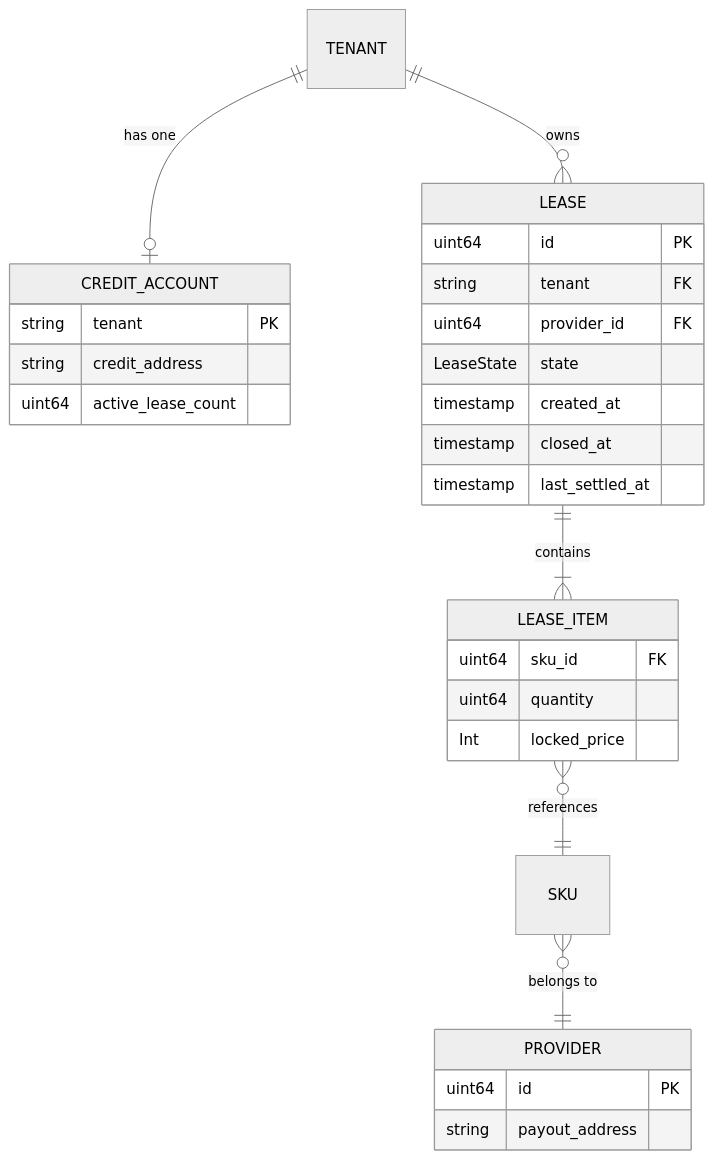
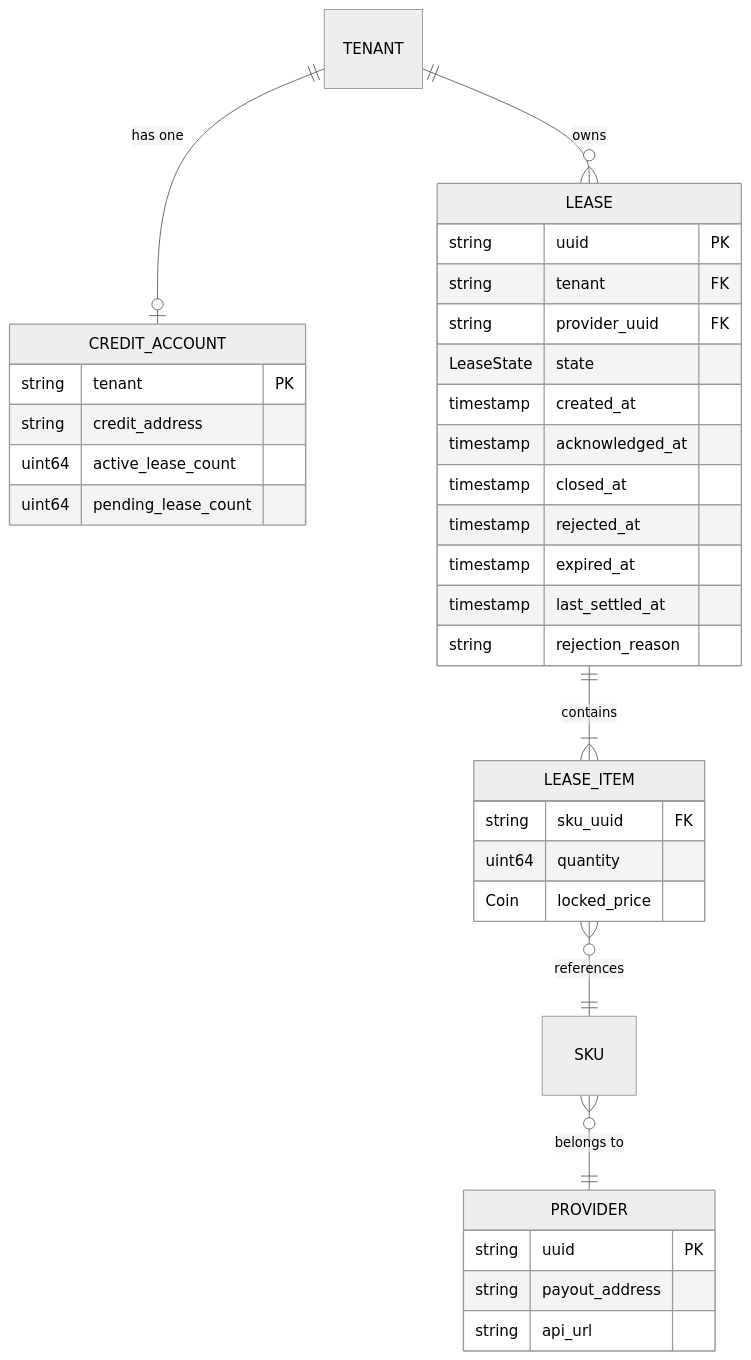
Before and after one commit to manifest-network/manifest-ledger: the second of 12 diagrams in x/billing/docs/ARCHITECTURE.md, drawn with Mermaid (neutral theme). The commit also changed other lines of this file and 26 other files, not shown here.

````diff
--- a/x/billing/docs/ARCHITECTURE.md
+++ b/x/billing/docs/ARCHITECTURE.md
@@ -35,35 +39,41 @@
 ```mermaid
 erDiagram
     TENANT ||--o| CREDIT_ACCOUNT : "has one"
     TENANT ||--o{ LEASE : "owns"
     LEASE ||--|{ LEASE_ITEM : "contains"
     LEASE_ITEM }o--|| SKU : "references"
     SKU }o--|| PROVIDER : "belongs to"
     
     CREDIT_ACCOUNT {
         string tenant PK
         string credit_address
         uint64 active_lease_count
+        uint64 pending_lease_count
     }
     
     LEASE {
-        uint64 id PK
+        string uuid PK
         string tenant FK
-        uint64 provider_id FK
+        string provider_uuid FK
         LeaseState state
         timestamp created_at
+        timestamp acknowledged_at
         timestamp closed_at
+        timestamp rejected_at
+        timestamp expired_at
         timestamp last_settled_at
+        string rejection_reason
     }
     
     LEASE_ITEM {
-        uint64 sku_id FK
+        string sku_uuid FK
         uint64 quantity
-        Int locked_price
+        Coin locked_price
     }
     
     PROVIDER {
-        uint64 id PK
+        string uuid PK
         string payout_address
+        string api_url
     }
 ```
````
